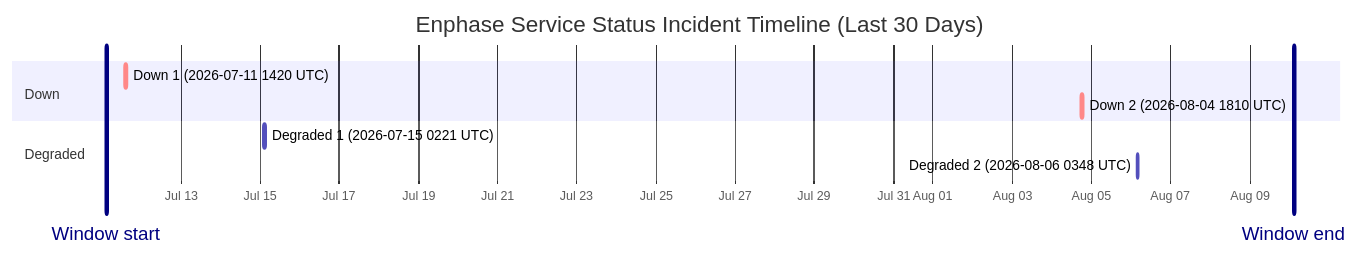
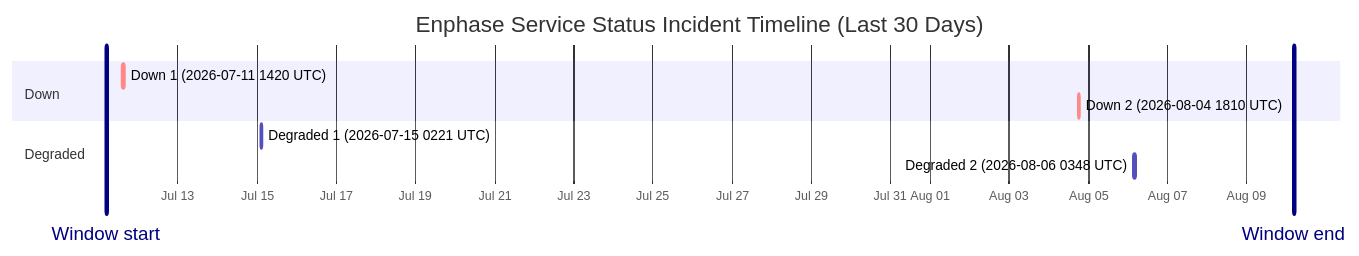
The diagram in wiki/Service-Status-History.md (barneyonline/ha-enphase-energy), drawn with Mermaid before and after one commit. The commit also changed other lines of this file and 3 other files, not shown here.

````diff
--- a/wiki/Service-Status-History.md
+++ b/wiki/Service-Status-History.md
@@ -14,14 +14,14 @@
 ```mermaid
 gantt
     title Enphase Service Status Incident Timeline (Last 30 Days)
     dateFormat  YYYY-MM-DDTHH:mm:ss
     axisFormat  %b %d
-    Window start :vert, window-start, 2026-07-11T02:40:23, 0ms
-    Window end :vert, window-end, 2026-08-10T02:40:23, 0ms
+    Window start :vert, window-start, 2026-07-11T04:27:37, 0ms
+    Window end :vert, window-end, 2026-08-10T04:27:37, 0ms
     section Down
     Down 1 (2026-07-11 1420 UTC) :crit, down-1, 2026-07-11T14:20:54, 69m
     Down 2 (2026-08-04 1810 UTC) :crit, down-2, 2026-08-04T18:10:46, 60m
     section Degraded
     Degraded 1 (2026-07-15 0221 UTC) :active, degraded-1, 2026-07-15T02:21:35, 60m
     Degraded 2 (2026-08-06 0348 UTC) :active, degraded-2, 2026-08-06T03:48:14, 60m
 ```
````
